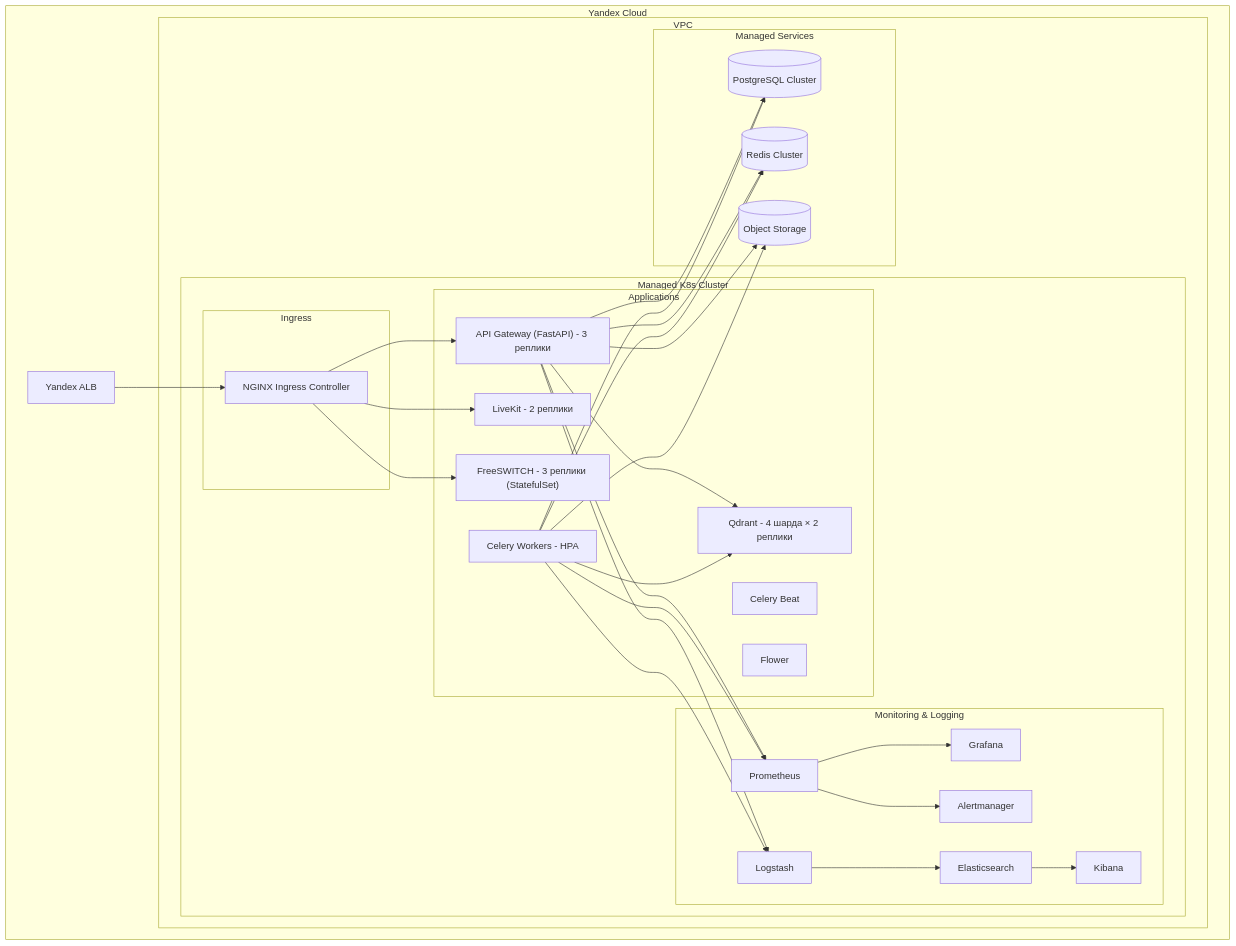
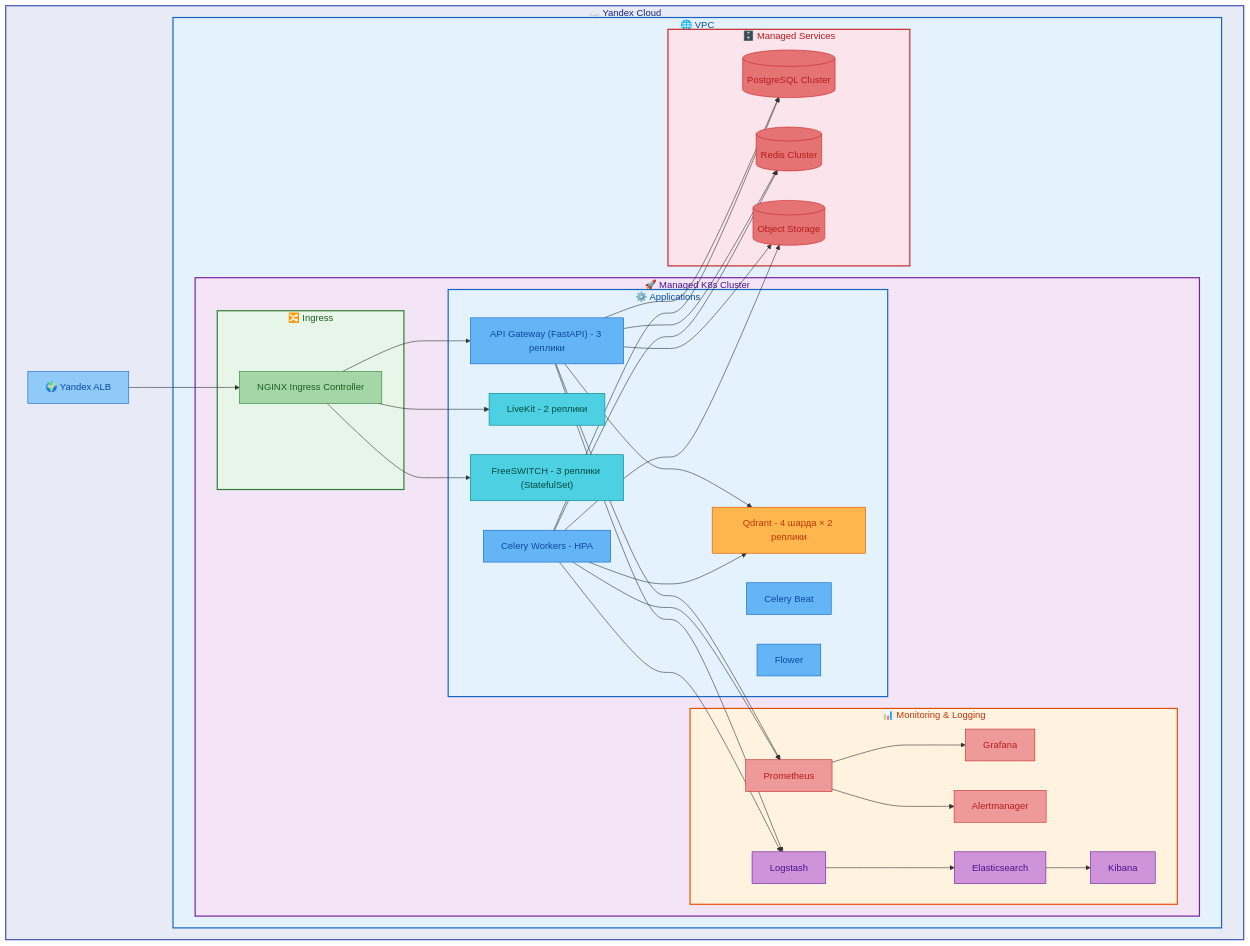
The first of 2 diagrams in docs/DEPLOYMENT_OBSERVABILITY_AND_ADMIN_GUIDE.md (cc-automation-projects/multi-agent-mass-recruitment-hub), drawn with Mermaid before and after one commit.

Commit message:
MAMRHR-docs обновление документации

````diff
--- a/docs/DEPLOYMENT_OBSERVABILITY_AND_ADMIN_GUIDE.md
+++ b/docs/DEPLOYMENT_OBSERVABILITY_AND_ADMIN_GUIDE.md
@@ -29,12 +29,12 @@
 ```mermaid
 flowchart TB
-    subgraph "Yandex Cloud"
-        subgraph "VPC"
-            subgraph "Managed K8s Cluster"
-                subgraph "Ingress"
+    subgraph Cloud["☁️ Yandex Cloud"]
+        subgraph VPC["🌐 VPC"]
+            subgraph K8s["🚀 Managed K8s Cluster"]
+                subgraph Ingress["🔀 Ingress"]
                     NGINX["NGINX Ingress Controller"]
                 end
-                subgraph "Applications"
+                subgraph Apps["⚙️ Applications"]
                     API["API Gateway (FastAPI) - 3 реплики"]
                     WORKER["Celery Workers - HPA"]
                     BEAT["Celery Beat"]
@@ -43,7 +43,7 @@
                     FS["FreeSWITCH - 3 реплики (StatefulSet)"]
                     QDRANT["Qdrant - 4 шарда × 2 реплики"]
                 end
-                subgraph "Monitoring & Logging"
+                subgraph Observability["📊 Monitoring & Logging"]
                     PROM["Prometheus"]
                     GRAF["Grafana"]
                     ALERT["Alertmanager"]
@@ -52,13 +52,13 @@
                     KIBANA["Kibana"]
                 end
             end
-            subgraph "Managed Services"
+            subgraph Managed["🗄️ Managed Services"]
                 PG[("PostgreSQL Cluster")]
                 REDIS[("Redis Cluster")]
                 S3[("Object Storage")]
             end
         end
-        ALB["Yandex ALB"]
+        ALB["🌍 Yandex ALB"]
     end
 
     ALB --> NGINX
@@ -84,4 +84,32 @@
     WORKER --> LOGSTASH
     LOGSTASH --> ELASTIC
     ELASTIC --> KIBANA
+
+    %% 🌈 Цветовая схема
+    style Cloud fill:#e8eaf6,stroke:#3f51b5,stroke-width:2px,color:#1a237e
+    style VPC fill:#e3f2fd,stroke:#1565c0,stroke-width:2px,color:#0d47a1
+    style K8s fill:#f3e5f5,stroke:#7b1fa2,stroke-width:2px,color:#4a148c
+    style Ingress fill:#e8f5e9,stroke:#2e7d32,stroke-width:2px,color:#1b5e20
+    style Apps fill:#e3f2fd,stroke:#1565c0,stroke-width:2px,color:#0d47a1
+    style Observability fill:#fff3e0,stroke:#e65100,stroke-width:2px,color:#bf360c
+    style Managed fill:#fce4ec,stroke:#c62828,stroke-width:2px,color:#b71c1c
+
+    style NGINX fill:#a5d6a7,stroke:#2e7d32,color:#1b5e20
+    style API fill:#64b5f6,stroke:#1565c0,color:#0d47a1
+    style WORKER fill:#64b5f6,stroke:#1565c0,color:#0d47a1
+    style BEAT fill:#64b5f6,stroke:#1565c0,color:#0d47a1
+    style FLOWER fill:#64b5f6,stroke:#1565c0,color:#0d47a1
+    style LK fill:#4dd0e1,stroke:#00838f,color:#004d40
+    style FS fill:#4dd0e1,stroke:#00838f,color:#004d40
+    style QDRANT fill:#ffb74d,stroke:#e65100,color:#bf360c
+    style PROM fill:#ef9a9a,stroke:#c62828,color:#b71c1c
+    style GRAF fill:#ef9a9a,stroke:#c62828,color:#b71c1c
+    style ALERT fill:#ef9a9a,stroke:#c62828,color:#b71c1c
+    style ELASTIC fill:#ce93d8,stroke:#6a1b9a,color:#4a148c
+    style LOGSTASH fill:#ce93d8,stroke:#6a1b9a,color:#4a148c
+    style KIBANA fill:#ce93d8,stroke:#6a1b9a,color:#4a148c
+    style PG fill:#e57373,stroke:#c62828,color:#b71c1c
+    style REDIS fill:#e57373,stroke:#c62828,color:#b71c1c
+    style S3 fill:#e57373,stroke:#c62828,color:#b71c1c
+    style ALB fill:#90caf9,stroke:#1565c0,color:#0d47a1
 ```
````
